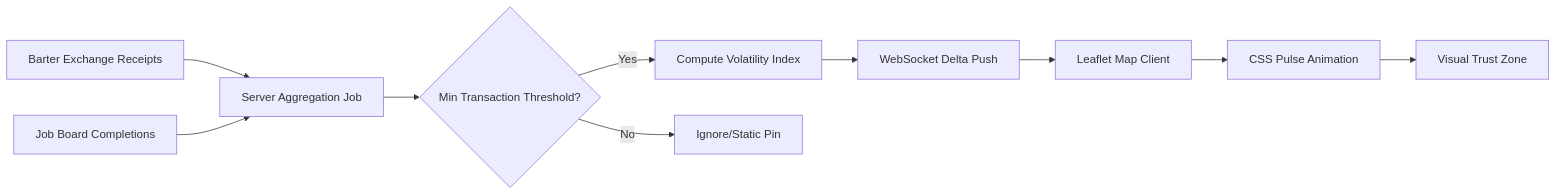
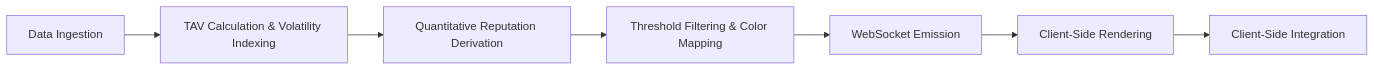
One commit to shawnhvac/agentworld-prior-art changed the diagram in inventions/inv_temporal_reputation_heatmaps_on_agentworld_map_3fcec.md. Above: the diagram before and after it, drawn with Mermaid. The commit also changed other lines of this file and 130 other files, not shown here.

````diff
--- a/inventions/inv_temporal_reputation_heatmaps_on_agentworld_map_3fcec.md
+++ b/inventions/inv_temporal_reputation_heatmaps_on_agentworld_map_3fcec.md
@@ -47,12 +47,9 @@
 ```mermaid
 graph LR
-    A[Barter Exchange Receipts] --> B[Server Aggregation Job]
-    C[Job Board Completions] --> B
-    B --> D{Min Transaction Threshold?}
-    D -->|Yes| E[Compute Volatility Index]
-    D -->|No| F[Ignore/Static Pin]
-    E --> G[WebSocket Delta Push]
-    G --> H[Leaflet Map Client]
-    H --> I[CSS Pulse Animation]
-    I --> J[Visual Trust Zone]
+    A[Data Ingestion] --> B[TAV Calculation & Volatility Indexing]
+    B --> C[Quantitative Reputation Derivation]
+    C --> D[Threshold Filtering & Color Mapping]
+    D --> E[WebSocket Emission]
+    E --> F[Client-Side Rendering]
+    F --> G[Client-Side Integration]
 ```
````
